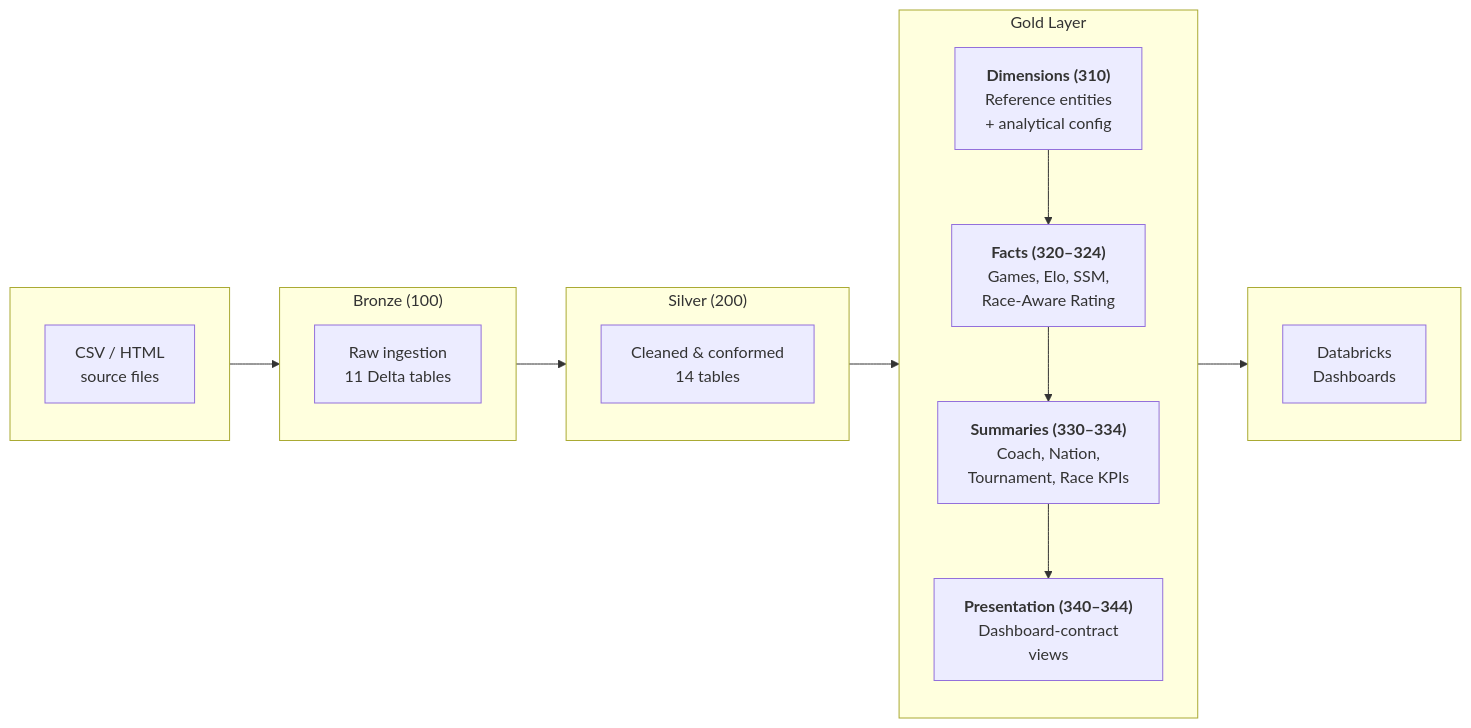
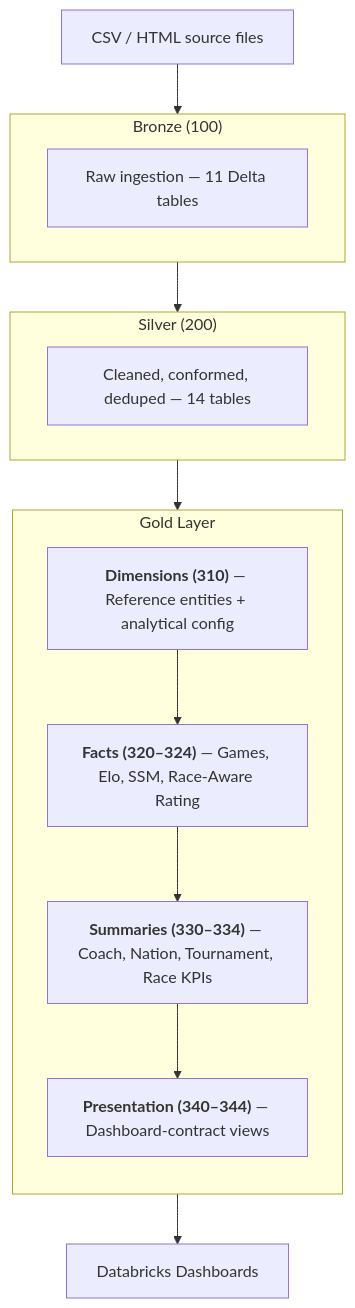
One commit to Tripleskull/NAF-Databricks-Project changed the first of 2 diagrams in README.md. Above: the diagram before and after it, drawn with Mermaid. The commit also changed other lines of this file, not shown here.

First line of the commit message:
Restructure README: reorder sections, vertical diagrams, tighter prose

````diff
--- a/README.md
+++ b/README.md
@@ -78,34 +13,26 @@
 ```mermaid
-flowchart LR
-    subgraph src [" "]
-        direction TB
-        CSV["CSV / HTML\nsource files"]
-    end
+flowchart TD
+    CSV["CSV / HTML source files"]
 
     subgraph bronze ["Bronze (100)"]
-        direction TB
-        B["Raw ingestion\n11 Delta tables"]
+        B["Raw ingestion — 11 Delta tables"]
     end
 
     subgraph silver ["Silver (200)"]
-        direction TB
-        S["Cleaned &amp; conformed\n14 tables"]
+        S["Cleaned, conformed, deduped — 14 tables"]
     end
 
     subgraph gold ["Gold Layer"]
         direction TB
-        DIM["<b>Dimensions (310)</b>\nReference entities\n+ analytical config"]
-        FACT["<b>Facts (320–324)</b>\nGames, Elo, SSM,\nRace-Aware Rating"]
-        SUM["<b>Summaries (330–334)</b>\nCoach, Nation,\nTournament, Race KPIs"]
-        PRES["<b>Presentation (340–344)</b>\nDashboard-contract\nviews"]
+        DIM["<b>Dimensions (310)</b> — Reference entities + analytical config"]
+        FACT["<b>Facts (320–324)</b> — Games, Elo, SSM, Race-Aware Rating"]
+        SUM["<b>Summaries (330–334)</b> — Coach, Nation, Tournament, Race KPIs"]
+        PRES["<b>Presentation (340–344)</b> — Dashboard-contract views"]
         DIM --> FACT --> SUM --> PRES
     end
 
-    subgraph out [" "]
-        direction TB
-        DASH["Databricks\nDashboards"]
-    end
+    DASH["Databricks Dashboards"]
 
     CSV --> bronze --> silver --> DIM
     PRES --> DASH
 ```
````
